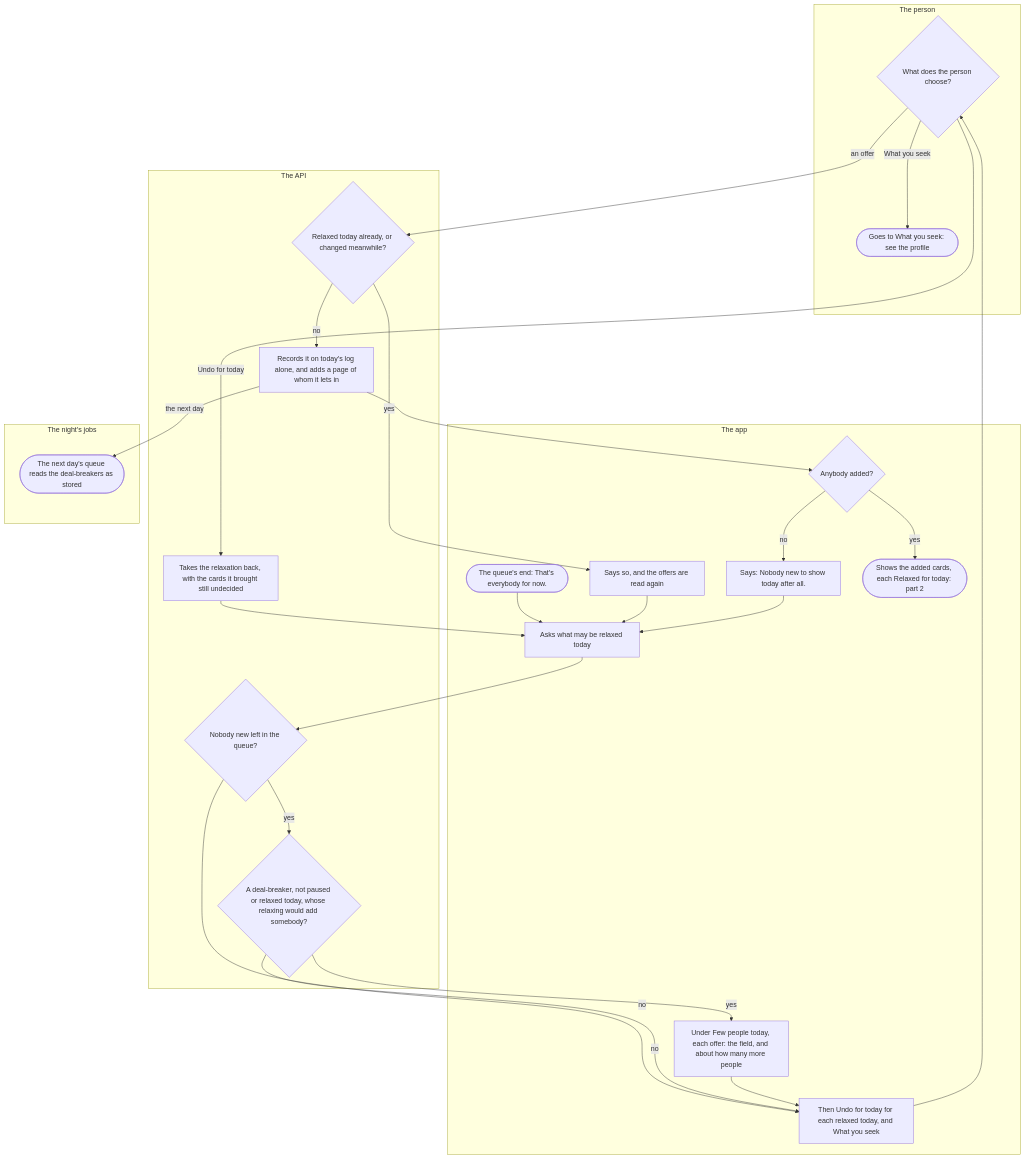
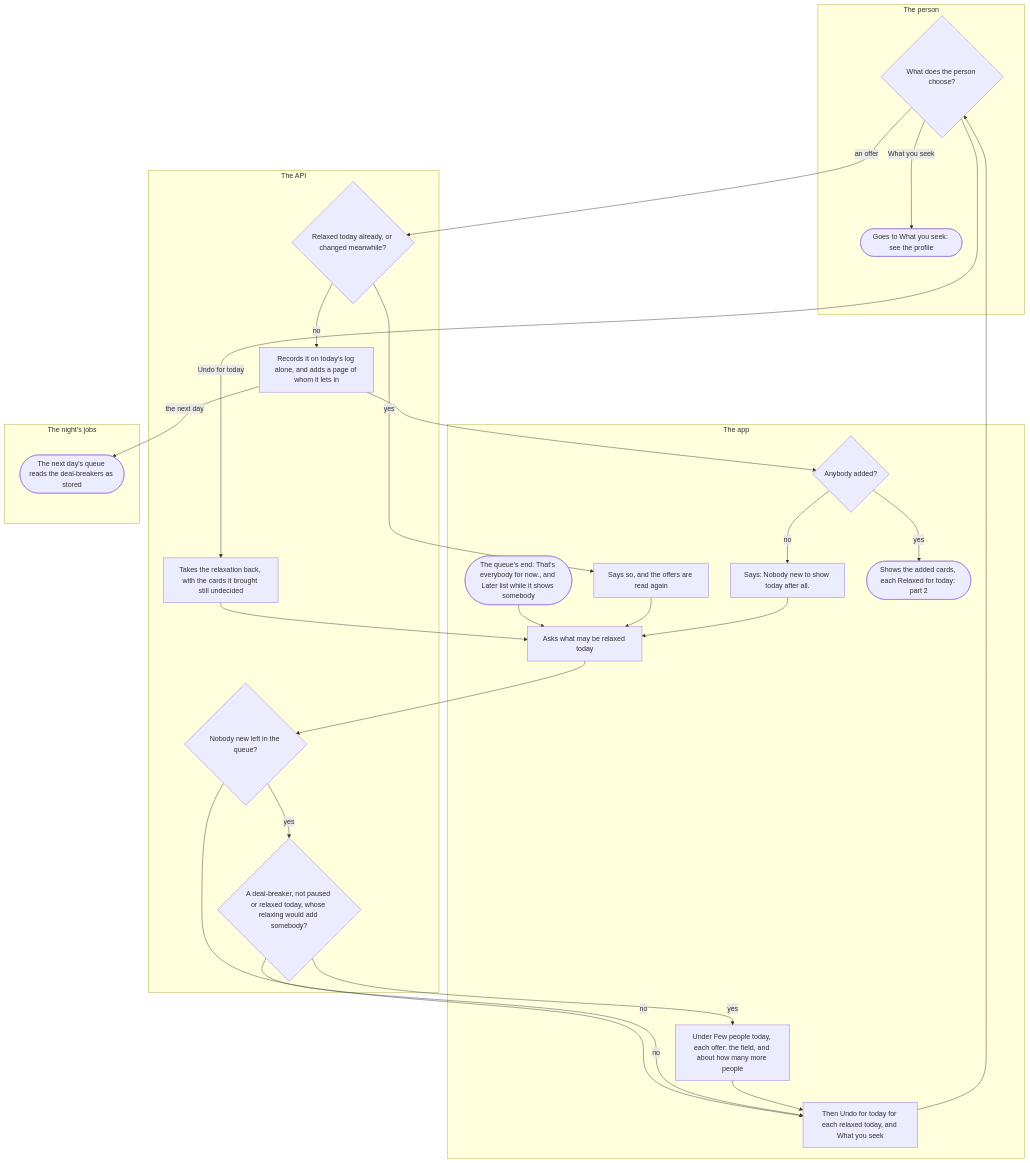
The fifth of 5 diagrams in docs/flows/queue.md (kuutti-ry/kumpa-app), drawn with Mermaid before and after one commit. The commit also changed other lines of this file and 99 other files, not shown here.

First line of the commit message:
Make Later a list and float the card's buttons (#681) (#734)

````diff
--- a/docs/flows/queue.md
+++ b/docs/flows/queue.md
@@ -282,49 +281,49 @@
 ```mermaid
 flowchart TB
   accTitle: The queue's end and the short pool
-  accDescr: At the queue's end the app asks what may be relaxed today. Once nobody new is left, each of the person's own deal-breakers whose relaxing would add somebody is offered. A tap relaxes it for the day and adds a page of whom it lets in, and one tap undoes it. One plain button leads into What you seek. The next day's queue follows the deal-breakers as stored.
+  accDescr: At the queue's end the app shows the way to the Later list while it shows somebody, and asks what may be relaxed today. Once nobody new is left, each of the person's own deal-breakers whose relaxing would add somebody is offered. A tap relaxes it for the day and adds a page of whom it lets in, and one tap undoes it. One plain button leads into What you seek. The next day's queue follows the deal-breakers as stored.
   subgraph person["The person"]
     s63{"What does the person choose?"}
     s71(["Goes to What you seek: see the profile"])
   end
   subgraph app["The app"]
-    s57(["The queue's end: That's everybody for now."])
+    s57(["The queue's end: That's everybody for now., and Later list while it shows somebody"])
     s58["Asks what may be relaxed today"]
     s61["Under Few people today, each offer: the field, and about how many more people"]
     s62["Then Undo for today for each relaxed today, and What you seek"]
     s65["Says so, and the offers are read again"]
     s67{"Anybody added?"}
     s68["Says: Nobody new to show today after all."]
     s69(["Shows the added cards, each Relaxed for today: part 2"])
   end
   subgraph api["The API"]
     s59{"Nobody new left in the queue?"}
     s60{"A deal-breaker, not paused or relaxed today, whose relaxing would add somebody?"}
     s64{"Relaxed today already, or changed meanwhile?"}
     s66["Records it on today's log alone, and adds a page of whom it lets in"]
     s70["Takes the relaxation back, with the cards it brought still undecided"]
   end
   subgraph night["The night's jobs"]
     s72(["The next day's queue reads the deal-breakers as stored"])
   end
   s57 --> s58
   s58 --> s59
   s59 -->|"no"| s62
   s59 -->|"yes"| s60
   s60 -->|"no"| s62
   s60 -->|"yes"| s61
   s61 --> s62
   s62 --> s63
   s63 -->|"an offer"| s64
   s63 -->|"Undo for today"| s70
   s63 -->|"What you seek"| s71
   s64 -->|"yes"| s65
   s65 --> s58
   s64 -->|"no"| s66
   s66 --> s67
   s66 -->|"the next day"| s72
   s67 -->|"no"| s68
   s68 --> s58
   s67 -->|"yes"| s69
   s70 --> s58
 ```
````
